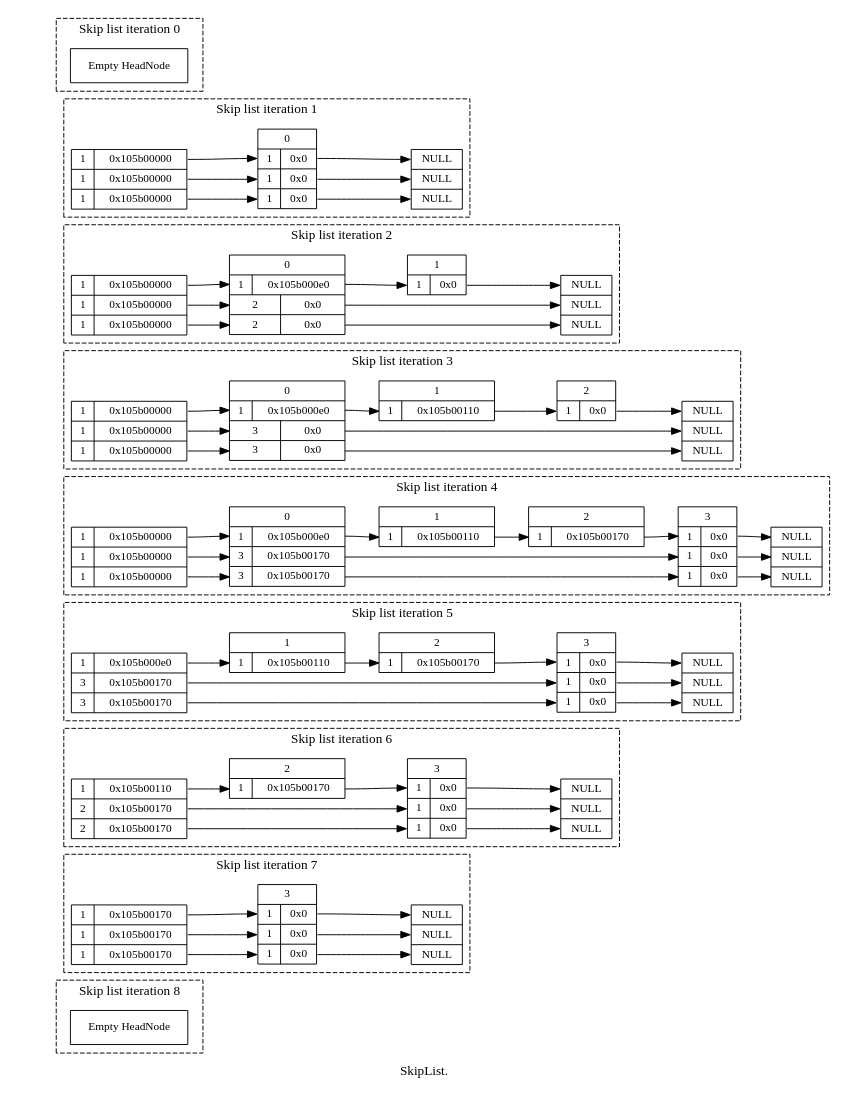
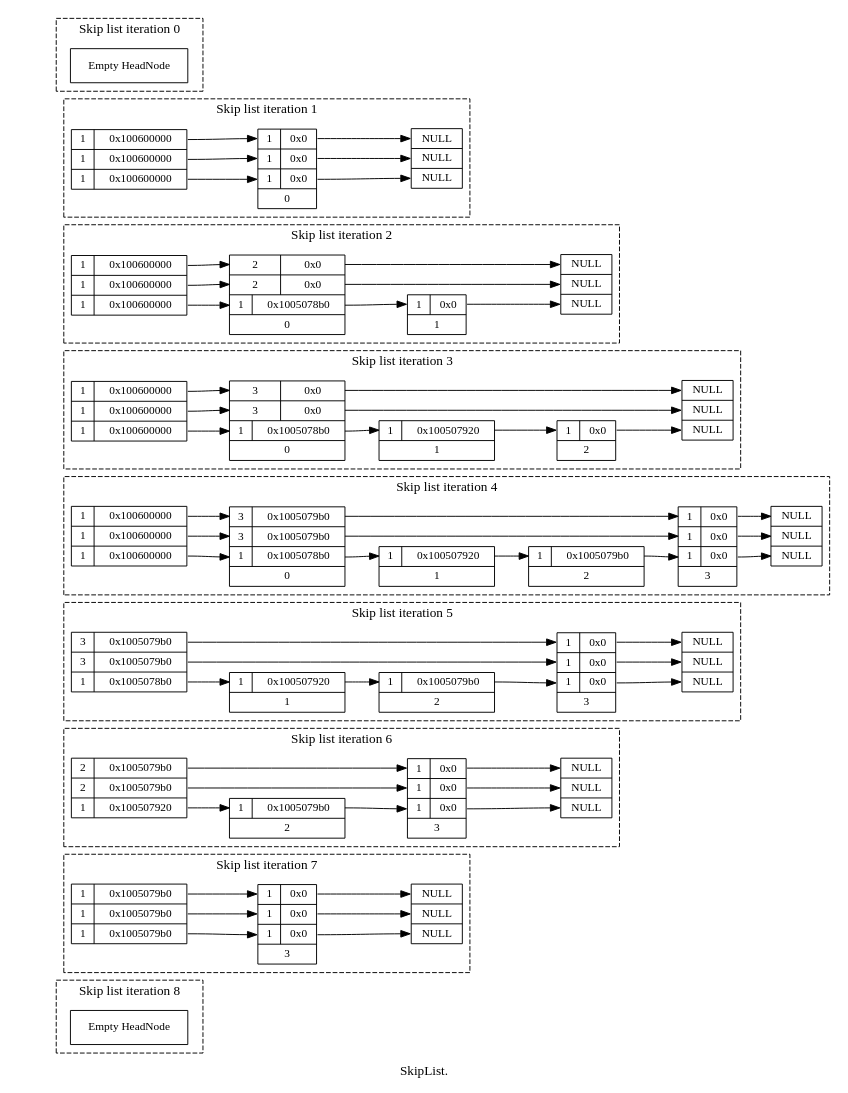
Before and after one commit to paulross/skiplist: the diagram in doc/skiplist_visualisation/dot/doc_insert_remove_25_percent.dot, drawn with Graphviz. The commit also changed 27 other files, not shown here.

```diff
--- a/doc/skiplist_visualisation/dot/doc_insert_remove_25_percent.dot
+++ b/doc/skiplist_visualisation/dot/doc_insert_remove_25_percent.dot
@@ -8,206 +8,233 @@
 subgraph cluster0 {
 style=dashed
 label="Skip list iteration 0"
+
 "HeadNode0" [
 label = "Empty HeadNode"
 shape = "record"
 ];
+
+
 }
 
 subgraph cluster1 {
 style=dashed
 label="Skip list iteration 1"
+
 "HeadNode1" [
-label = "{ 1 | <f0> 0x105b00000} | { 1 | <f1> 0x105b00000} | { 1 | <f2> 0x105b00000}"
+label = "{ 1 | <f3> 0x100600000} | { 1 | <f2> 0x100600000} | { 1 | <f1> 0x100600000}"
 shape = "record"
 ];
-"node10x0" [label = "<w1> NULL | <w2> NULL | <w3> NULL" shape = "record"];
-"HeadNode1":f0 -> "node10x105b00000":w1 [];
-"HeadNode1":f1 -> "node10x105b00000":w2 [];
-"HeadNode1":f2 -> "node10x105b00000":w3 [];
-"node10x105b00000" [
-label = "<f0> 0 | { <w1> 1 | <f1> 0x0 } | { <w2> 1 | <f2> 0x0 } | { <w3> 1 | <f3> 0x0 }"
+"HeadNode1":f1 -> "node10x100600000":w1 [];
+"HeadNode1":f2 -> "node10x100600000":w2 [];
+"HeadNode1":f3 -> "node10x100600000":w3 [];
+
+"node10x100600000" [
+label = " { <w3> 1 | <f3> 0x0 } | { <w2> 1 | <f2> 0x0 } | { <w1> 1 | <f1> 0x0 } | <f0> 0"
 shape = "record"
 ];
-"node10x105b00000":f1 -> "node10x0":w1 [];
-"node10x105b00000":f2 -> "node10x0":w2 [];
-"node10x105b00000":f3 -> "node10x0":w3 [];
+"node10x100600000":f1 -> "node10x0":w1 [];
+"node10x100600000":f2 -> "node10x0":w2 [];
+"node10x100600000":f3 -> "node10x0":w3 [];
+
+"node10x0" [label = "<w3> NULL | <w2> NULL | <w1> NULL" shape = "record"];
 }
 
 subgraph cluster2 {
 style=dashed
 label="Skip list iteration 2"
+
 "HeadNode2" [
-label = "{ 1 | <f0> 0x105b00000} | { 1 | <f1> 0x105b00000} | { 1 | <f2> 0x105b00000}"
+label = "{ 1 | <f3> 0x100600000} | { 1 | <f2> 0x100600000} | { 1 | <f1> 0x100600000}"
 shape = "record"
 ];
-"node20x0" [label = "<w1> NULL | <w2> NULL | <w3> NULL" shape = "record"];
-"HeadNode2":f0 -> "node20x105b00000":w1 [];
-"HeadNode2":f1 -> "node20x105b00000":w2 [];
-"HeadNode2":f2 -> "node20x105b00000":w3 [];
-"node20x105b00000" [
-label = "<f0> 0 | { <w1> 1 | <f1> 0x105b000e0 } | { <w2> 2 | <f2> 0x0 } | { <w3> 2 | <f3> 0x0 }"
+"HeadNode2":f1 -> "node20x100600000":w1 [];
+"HeadNode2":f2 -> "node20x100600000":w2 [];
+"HeadNode2":f3 -> "node20x100600000":w3 [];
+
+"node20x100600000" [
+label = " { <w3> 2 | <f3> 0x0 } | { <w2> 2 | <f2> 0x0 } | { <w1> 1 | <f1> 0x1005078b0 } | <f0> 0"
 shape = "record"
 ];
-"node20x105b00000":f1 -> "node20x105b000e0":w1 [];
-"node20x105b00000":f2 -> "node20x0":w2 [];
-"node20x105b00000":f3 -> "node20x0":w3 [];
-"node20x105b000e0" [
-label = "<f0> 1 | { <w1> 1 | <f1> 0x0 }"
+"node20x100600000":f1 -> "node20x1005078b0":w1 [];
+"node20x100600000":f2 -> "node20x0":w2 [];
+"node20x100600000":f3 -> "node20x0":w3 [];
+"node20x1005078b0" [
+label = " { <w1> 1 | <f1> 0x0 } | <f0> 1"
 shape = "record"
 ];
-"node20x105b000e0":f1 -> "node20x0":w1 [];
+"node20x1005078b0":f1 -> "node20x0":w1 [];
+
+"node20x0" [label = "<w3> NULL | <w2> NULL | <w1> NULL" shape = "record"];
 }
 
 subgraph cluster3 {
 style=dashed
 label="Skip list iteration 3"
+
 "HeadNode3" [
-label = "{ 1 | <f0> 0x105b00000} | { 1 | <f1> 0x105b00000} | { 1 | <f2> 0x105b00000}"
+label = "{ 1 | <f3> 0x100600000} | { 1 | <f2> 0x100600000} | { 1 | <f1> 0x100600000}"
 shape = "record"
 ];
-"node30x0" [label = "<w1> NULL | <w2> NULL | <w3> NULL" shape = "record"];
-"HeadNode3":f0 -> "node30x105b00000":w1 [];
-"HeadNode3":f1 -> "node30x105b00000":w2 [];
-"HeadNode3":f2 -> "node30x105b00000":w3 [];
-"node30x105b00000" [
-label = "<f0> 0 | { <w1> 1 | <f1> 0x105b000e0 } | { <w2> 3 | <f2> 0x0 } | { <w3> 3 | <f3> 0x0 }"
+"HeadNode3":f1 -> "node30x100600000":w1 [];
+"HeadNode3":f2 -> "node30x100600000":w2 [];
+"HeadNode3":f3 -> "node30x100600000":w3 [];
+
+"node30x100600000" [
+label = " { <w3> 3 | <f3> 0x0 } | { <w2> 3 | <f2> 0x0 } | { <w1> 1 | <f1> 0x1005078b0 } | <f0> 0"
 shape = "record"
 ];
-"node30x105b00000":f1 -> "node30x105b000e0":w1 [];
-"node30x105b00000":f2 -> "node30x0":w2 [];
-"node30x105b00000":f3 -> "node30x0":w3 [];
-"node30x105b000e0" [
-label = "<f0> 1 | { <w1> 1 | <f1> 0x105b00110 }"
+"node30x100600000":f1 -> "node30x1005078b0":w1 [];
+"node30x100600000":f2 -> "node30x0":w2 [];
+"node30x100600000":f3 -> "node30x0":w3 [];
+"node30x1005078b0" [
+label = " { <w1> 1 | <f1> 0x100507920 } | <f0> 1"
 shape = "record"
 ];
-"node30x105b000e0":f1 -> "node30x105b00110":w1 [];
-"node30x105b00110" [
-label = "<f0> 2 | { <w1> 1 | <f1> 0x0 }"
+"node30x1005078b0":f1 -> "node30x100507920":w1 [];
+"node30x100507920" [
+label = " { <w1> 1 | <f1> 0x0 } | <f0> 2"
 shape = "record"
 ];
-"node30x105b00110":f1 -> "node30x0":w1 [];
+"node30x100507920":f1 -> "node30x0":w1 [];
+
+"node30x0" [label = "<w3> NULL | <w2> NULL | <w1> NULL" shape = "record"];
 }
 
 subgraph cluster4 {
 style=dashed
 label="Skip list iteration 4"
+
 "HeadNode4" [
-label = "{ 1 | <f0> 0x105b00000} | { 1 | <f1> 0x105b00000} | { 1 | <f2> 0x105b00000}"
+label = "{ 1 | <f3> 0x100600000} | { 1 | <f2> 0x100600000} | { 1 | <f1> 0x100600000}"
 shape = "record"
 ];
-"node40x0" [label = "<w1> NULL | <w2> NULL | <w3> NULL" shape = "record"];
-"HeadNode4":f0 -> "node40x105b00000":w1 [];
-"HeadNode4":f1 -> "node40x105b00000":w2 [];
-"HeadNode4":f2 -> "node40x105b00000":w3 [];
-"node40x105b00000" [
-label = "<f0> 0 | { <w1> 1 | <f1> 0x105b000e0 } | { <w2> 3 | <f2> 0x105b00170 } | { <w3> 3 | <f3> 0x105b00170 }"
+"HeadNode4":f1 -> "node40x100600000":w1 [];
+"HeadNode4":f2 -> "node40x100600000":w2 [];
+"HeadNode4":f3 -> "node40x100600000":w3 [];
+
+"node40x100600000" [
+label = " { <w3> 3 | <f3> 0x1005079b0 } | { <w2> 3 | <f2> 0x1005079b0 } | { <w1> 1 | <f1> 0x1005078b0 } | <f0> 0"
 shape = "record"
 ];
-"node40x105b00000":f1 -> "node40x105b000e0":w1 [];
-"node40x105b00000":f2 -> "node40x105b00170":w2 [];
-"node40x105b00000":f3 -> "node40x105b00170":w3 [];
-"node40x105b000e0" [
-label = "<f0> 1 | { <w1> 1 | <f1> 0x105b00110 }"
+"node40x100600000":f1 -> "node40x1005078b0":w1 [];
+"node40x100600000":f2 -> "node40x1005079b0":w2 [];
+"node40x100600000":f3 -> "node40x1005079b0":w3 [];
+"node40x1005078b0" [
+label = " { <w1> 1 | <f1> 0x100507920 } | <f0> 1"
 shape = "record"
 ];
-"node40x105b000e0":f1 -> "node40x105b00110":w1 [];
-"node40x105b00110" [
-label = "<f0> 2 | { <w1> 1 | <f1> 0x105b00170 }"
+"node40x1005078b0":f1 -> "node40x100507920":w1 [];
+"node40x100507920" [
+label = " { <w1> 1 | <f1> 0x1005079b0 } | <f0> 2"
 shape = "record"
 ];
-"node40x105b00110":f1 -> "node40x105b00170":w1 [];
-"node40x105b00170" [
-label = "<f0> 3 | { <w1> 1 | <f1> 0x0 } | { <w2> 1 | <f2> 0x0 } | { <w3> 1 | <f3> 0x0 }"
+"node40x100507920":f1 -> "node40x1005079b0":w1 [];
+"node40x1005079b0" [
+label = " { <w3> 1 | <f3> 0x0 } | { <w2> 1 | <f2> 0x0 } | { <w1> 1 | <f1> 0x0 } | <f0> 3"
 shape = "record"
 ];
-"node40x105b00170":f1 -> "node40x0":w1 [];
-"node40x105b00170":f2 -> "node40x0":w2 [];
-"node40x105b00170":f3 -> "node40x0":w3 [];
+"node40x1005079b0":f1 -> "node40x0":w1 [];
+"node40x1005079b0":f2 -> "node40x0":w2 [];
+"node40x1005079b0":f3 -> "node40x0":w3 [];
+
+"node40x0" [label = "<w3> NULL | <w2> NULL | <w1> NULL" shape = "record"];
 }
 
 subgraph cluster5 {
 style=dashed
 label="Skip list iteration 5"
+
 "HeadNode5" [
-label = "{ 1 | <f0> 0x105b000e0} | { 3 | <f1> 0x105b00170} | { 3 | <f2> 0x105b00170}"
+label = "{ 3 | <f3> 0x1005079b0} | { 3 | <f2> 0x1005079b0} | { 1 | <f1> 0x1005078b0}"
 shape = "record"
 ];
-"node50x0" [label = "<w1> NULL | <w2> NULL | <w3> NULL" shape = "record"];
-"HeadNode5":f0 -> "node50x105b000e0":w1 [];
-"HeadNode5":f1 -> "node50x105b00170":w2 [];
-"HeadNode5":f2 -> "node50x105b00170":w3 [];
-"node50x105b000e0" [
-label = "<f0> 1 | { <w1> 1 | <f1> 0x105b00110 }"
+"HeadNode5":f1 -> "node50x1005078b0":w1 [];
+"HeadNode5":f2 -> "node50x1005079b0":w2 [];
+"HeadNode5":f3 -> "node50x1005079b0":w3 [];
+
+"node50x1005078b0" [
+label = " { <w1> 1 | <f1> 0x100507920 } | <f0> 1"
 shape = "record"
 ];
-"node50x105b000e0":f1 -> "node50x105b00110":w1 [];
-"node50x105b00110" [
-label = "<f0> 2 | { <w1> 1 | <f1> 0x105b00170 }"
+"node50x1005078b0":f1 -> "node50x100507920":w1 [];
+"node50x100507920" [
+label = " { <w1> 1 | <f1> 0x1005079b0 } | <f0> 2"
 shape = "record"
 ];
-"node50x105b00110":f1 -> "node50x105b00170":w1 [];
-"node50x105b00170" [
-label = "<f0> 3 | { <w1> 1 | <f1> 0x0 } | { <w2> 1 | <f2> 0x0 } | { <w3> 1 | <f3> 0x0 }"
+"node50x100507920":f1 -> "node50x1005079b0":w1 [];
+"node50x1005079b0" [
+label = " { <w3> 1 | <f3> 0x0 } | { <w2> 1 | <f2> 0x0 } | { <w1> 1 | <f1> 0x0 } | <f0> 3"
 shape = "record"
 ];
-"node50x105b00170":f1 -> "node50x0":w1 [];
-"node50x105b00170":f2 -> "node50x0":w2 [];
-"node50x105b00170":f3 -> "node50x0":w3 [];
+"node50x1005079b0":f1 -> "node50x0":w1 [];
+"node50x1005079b0":f2 -> "node50x0":w2 [];
+"node50x1005079b0":f3 -> "node50x0":w3 [];
+
+"node50x0" [label = "<w3> NULL | <w2> NULL | <w1> NULL" shape = "record"];
 }
 
 subgraph cluster6 {
 style=dashed
 label="Skip list iteration 6"
+
 "HeadNode6" [
-label = "{ 1 | <f0> 0x105b00110} | { 2 | <f1> 0x105b00170} | { 2 | <f2> 0x105b00170}"
+label = "{ 2 | <f3> 0x1005079b0} | { 2 | <f2> 0x1005079b0} | { 1 | <f1> 0x100507920}"
 shape = "record"
 ];
-"node60x0" [label = "<w1> NULL | <w2> NULL | <w3> NULL" shape = "record"];
-"HeadNode6":f0 -> "node60x105b00110":w1 [];
-"HeadNode6":f1 -> "node60x105b00170":w2 [];
-"HeadNode6":f2 -> "node60x105b00170":w3 [];
-"node60x105b00110" [
-label = "<f0> 2 | { <w1> 1 | <f1> 0x105b00170 }"
+"HeadNode6":f1 -> "node60x100507920":w1 [];
+"HeadNode6":f2 -> "node60x1005079b0":w2 [];
+"HeadNode6":f3 -> "node60x1005079b0":w3 [];
+
+"node60x100507920" [
+label = " { <w1> 1 | <f1> 0x1005079b0 } | <f0> 2"
 shape = "record"
 ];
-"node60x105b00110":f1 -> "node60x105b00170":w1 [];
-"node60x105b00170" [
-label = "<f0> 3 | { <w1> 1 | <f1> 0x0 } | { <w2> 1 | <f2> 0x0 } | { <w3> 1 | <f3> 0x0 }"
+"node60x100507920":f1 -> "node60x1005079b0":w1 [];
+"node60x1005079b0" [
+label = " { <w3> 1 | <f3> 0x0 } | { <w2> 1 | <f2> 0x0 } | { <w1> 1 | <f1> 0x0 } | <f0> 3"
 shape = "record"
 ];
-"node60x105b00170":f1 -> "node60x0":w1 [];
-"node60x105b00170":f2 -> "node60x0":w2 [];
-"node60x105b00170":f3 -> "node60x0":w3 [];
+"node60x1005079b0":f1 -> "node60x0":w1 [];
+"node60x1005079b0":f2 -> "node60x0":w2 [];
+"node60x1005079b0":f3 -> "node60x0":w3 [];
+
+"node60x0" [label = "<w3> NULL | <w2> NULL | <w1> NULL" shape = "record"];
 }
 
 subgraph cluster7 {
 style=dashed
 label="Skip list iteration 7"
+
 "HeadNode7" [
-label = "{ 1 | <f0> 0x105b00170} | { 1 | <f1> 0x105b00170} | { 1 | <f2> 0x105b00170}"
+label = "{ 1 | <f3> 0x1005079b0} | { 1 | <f2> 0x1005079b0} | { 1 | <f1> 0x1005079b0}"
 shape = "record"
 ];
-"node70x0" [label = "<w1> NULL | <w2> NULL | <w3> NULL" shape = "record"];
-"HeadNode7":f0 -> "node70x105b00170":w1 [];
-"HeadNode7":f1 -> "node70x105b00170":w2 [];
-"HeadNode7":f2 -> "node70x105b00170":w3 [];
-"node70x105b00170" [
-label = "<f0> 3 | { <w1> 1 | <f1> 0x0 } | { <w2> 1 | <f2> 0x0 } | { <w3> 1 | <f3> 0x0 }"
+"HeadNode7":f1 -> "node70x1005079b0":w1 [];
+"HeadNode7":f2 -> "node70x1005079b0":w2 [];
+"HeadNode7":f3 -> "node70x1005079b0":w3 [];
+
+"node70x1005079b0" [
+label = " { <w3> 1 | <f3> 0x0 } | { <w2> 1 | <f2> 0x0 } | { <w1> 1 | <f1> 0x0 } | <f0> 3"
 shape = "record"
 ];
-"node70x105b00170":f1 -> "node70x0":w1 [];
-"node70x105b00170":f2 -> "node70x0":w2 [];
-"node70x105b00170":f3 -> "node70x0":w3 [];
+"node70x1005079b0":f1 -> "node70x0":w1 [];
+"node70x1005079b0":f2 -> "node70x0":w2 [];
+"node70x1005079b0":f3 -> "node70x0":w3 [];
+
+"node70x0" [label = "<w3> NULL | <w2> NULL | <w1> NULL" shape = "record"];
 }
 
 subgraph cluster8 {
 style=dashed
 label="Skip list iteration 8"
+
 "HeadNode8" [
 label = "Empty HeadNode"
 shape = "record"
 ];
+
+
 }
 
 node0 [shape=record, label = "<f0> | <f1> | <f2> | <f3> | <f4> | <f5> | <f6> | <f7> | <f8> | ", style=invis, width=0.01];
```
